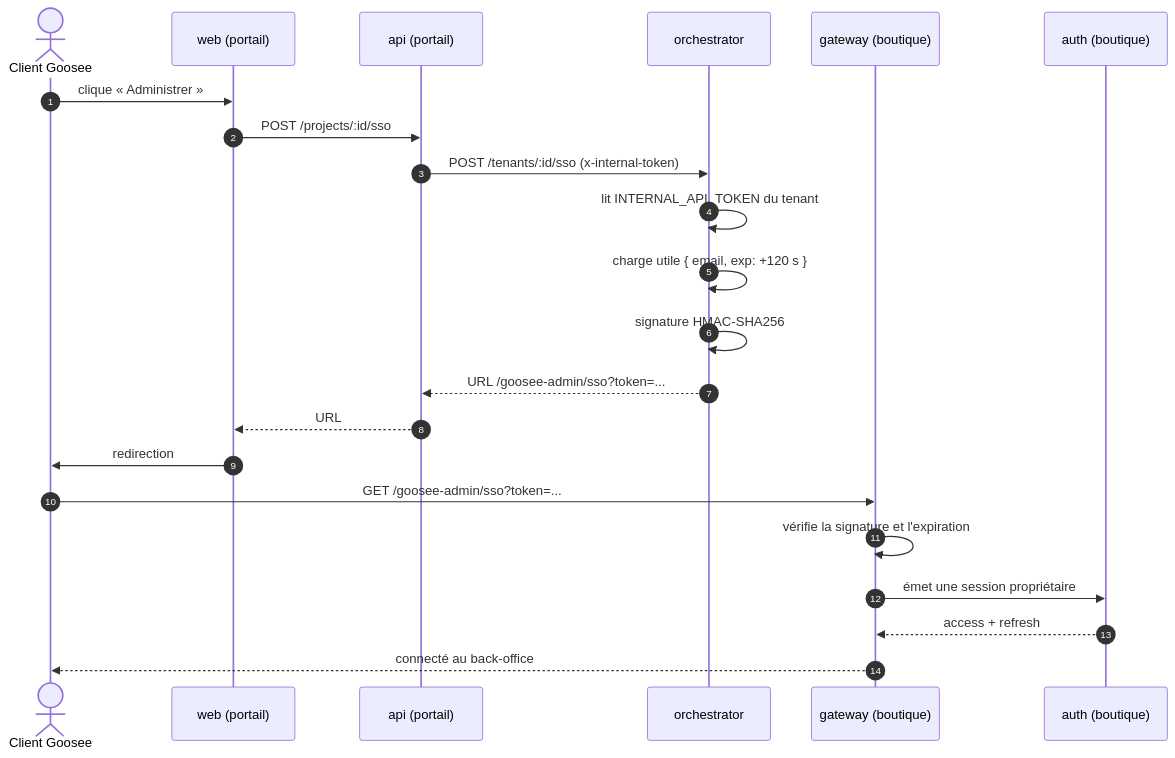
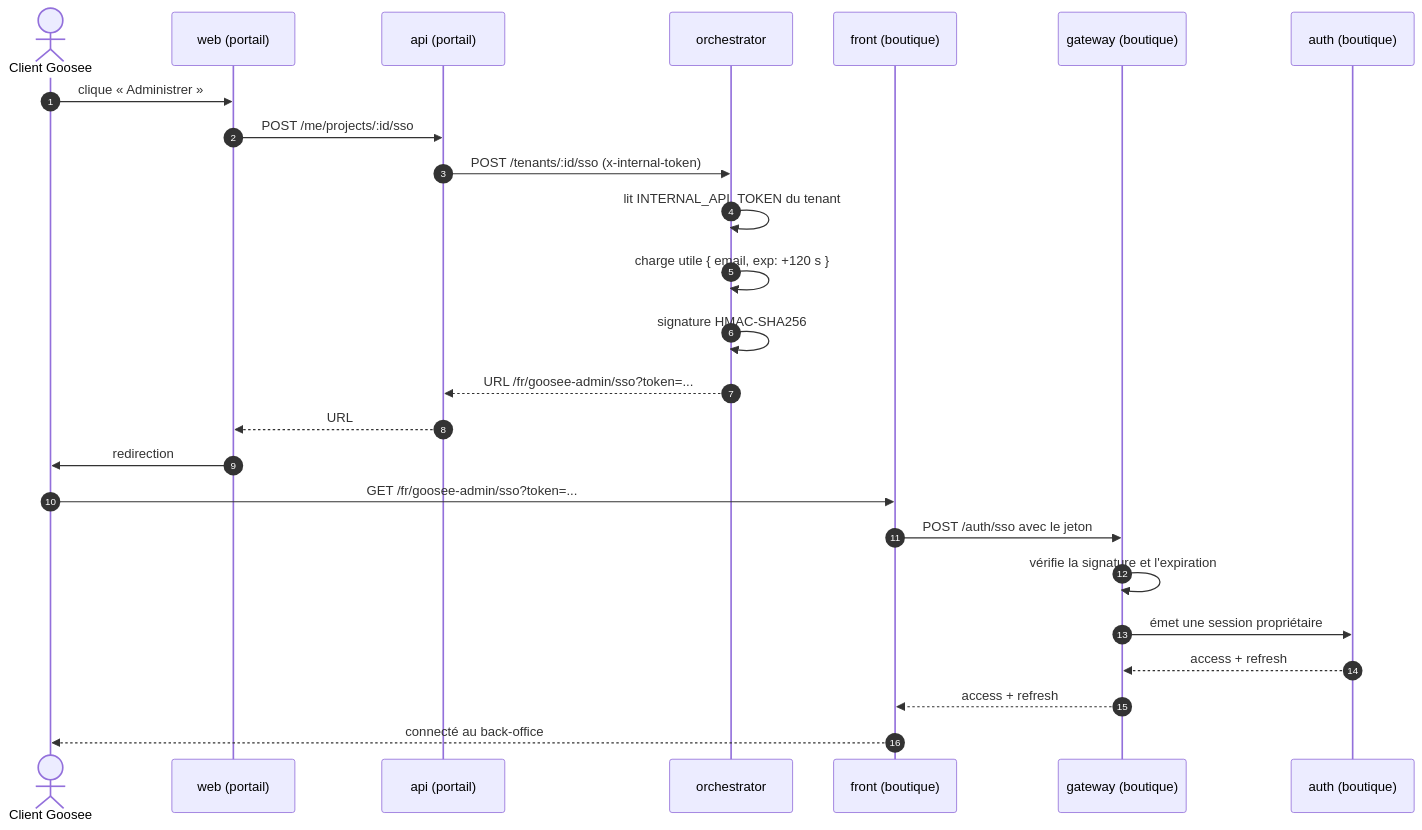
Before and after one commit to CollectEverything-MNS/Goosee: the third of 3 diagrams in docs/architecture/sequences.md, drawn with Mermaid. The commit also changed other lines of this file and 24 other files, not shown here.

Commit message:
docs: align guides diagrams and API reference with validated POC

````diff
--- a/docs/architecture/sequences.md
+++ b/docs/architecture/sequences.md
@@ -124,27 +132,30 @@
 ```mermaid
 sequenceDiagram
     autonumber
     actor M as Client Goosee
     participant W as web (portail)
     participant AP as api (portail)
     participant OR as orchestrator
+    participant F as front (boutique)
     participant G as gateway (boutique)
     participant AU as auth (boutique)
 
     M->>W: clique « Administrer »
-    W->>AP: POST /projects/:id/sso
+    W->>AP: POST /me/projects/:id/sso
     AP->>OR: POST /tenants/:id/sso (x-internal-token)
 
     OR->>OR: lit INTERNAL_API_TOKEN du tenant
     OR->>OR: charge utile { email, exp: +120 s }
     OR->>OR: signature HMAC-SHA256
-    OR-->>AP: URL /goosee-admin/sso?token=...
+    OR-->>AP: URL /fr/goosee-admin/sso?token=...
     AP-->>W: URL
     W->>M: redirection
 
-    M->>G: GET /goosee-admin/sso?token=...
+    M->>F: GET /fr/goosee-admin/sso?token=...
+    F->>G: POST /auth/sso avec le jeton
     G->>G: vérifie la signature et l'expiration
     G->>AU: émet une session propriétaire
     AU-->>G: access + refresh
-    G-->>M: connecté au back-office
+    G-->>F: access + refresh
+    F-->>M: connecté au back-office
 ```
````
